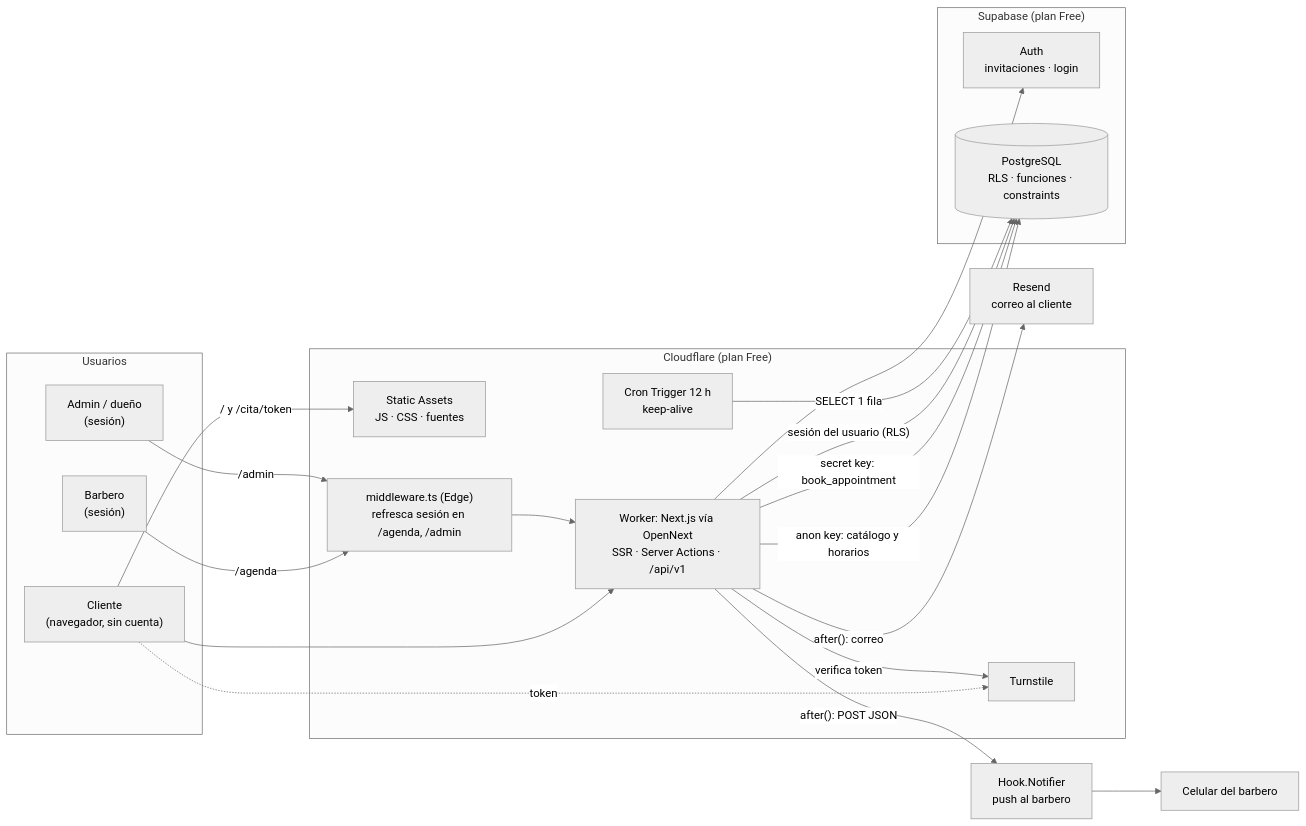
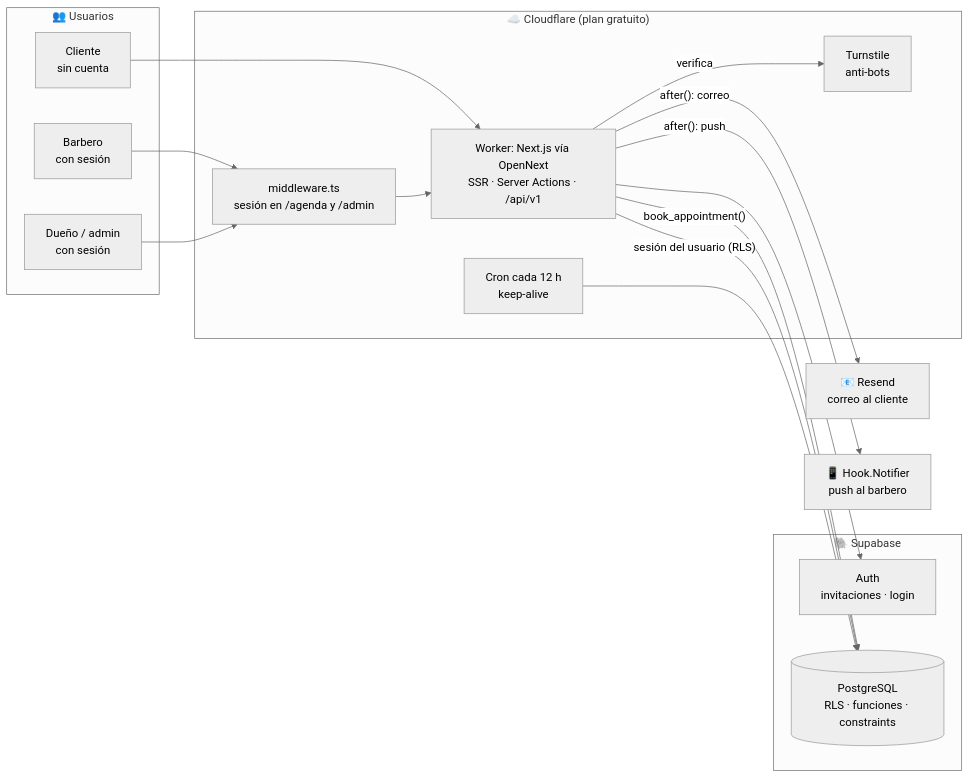
Before and after one commit to sebasreino11/Urban--Styles: the diagram in README.md, drawn with Mermaid (neutral theme). The commit also changed other lines of this file and 11 other files, not shown here.

````diff
--- a/README.md
+++ b/README.md
@@ -66,39 +76,33 @@
 ```mermaid
 flowchart LR
-  subgraph Usuarios
-    C["Cliente<br/>(navegador, sin cuenta)"]
-    B["Barbero<br/>(sesión)"]
-    A["Admin / dueño<br/>(sesión)"]
+  subgraph Usuarios["👥 Usuarios"]
+    C["Cliente<br/>sin cuenta"]
+    B["Barbero<br/>con sesión"]
+    A["Dueño / admin<br/>con sesión"]
   end
 
-  subgraph CF["Cloudflare (plan Free)"]
-    SA["Static Assets<br/>JS · CSS · fuentes"]
+  subgraph CF["☁️ Cloudflare (plan gratuito)"]
     W["Worker: Next.js vía OpenNext<br/>SSR · Server Actions · /api/v1"]
-    MW["middleware.ts (Edge)<br/>refresca sesión en /agenda, /admin"]
-    CRON["Cron Trigger 12 h<br/>keep-alive"]
-    TS["Turnstile"]
+    MW["middleware.ts<br/>sesión en /agenda y /admin"]
+    TS["Turnstile<br/>anti-bots"]
+    CRON["Cron cada 12 h<br/>keep-alive"]
   end
 
-  subgraph SB["Supabase (plan Free)"]
+  subgraph SB["🐘 Supabase"]
     AUTH["Auth<br/>invitaciones · login"]
     PG[("PostgreSQL<br/>RLS · funciones · constraints")]
   end
 
-  RS["Resend<br/>correo al cliente"]
-  HN["Hook.Notifier<br/>push al barbero"]
-  PHONE["Celular del barbero"]
+  RS["📧 Resend<br/>correo al cliente"]
+  HN["📱 Hook.Notifier<br/>push al barbero"]
 
-  C -->|"/ y /cita/token"| SA
   C --> W
-  C -. token .-> TS
-  B -->|/agenda| MW --> W
-  A -->|/admin| MW
-  W -->|verifica token| TS
-  W -->|"anon key: catálogo y horarios"| PG
-  W -->|"secret key: book_appointment"| PG
+  B & A --> MW --> W
+  W -->|verifica| TS
+  W -->|"book_appointment()"| PG
   W -->|"sesión del usuario (RLS)"| PG
   W --> AUTH
   W -->|"after(): correo"| RS
-  W -->|"after(): POST JSON"| HN --> PHONE
-  CRON -->|"SELECT 1 fila"| PG
+  W -->|"after(): push"| HN
+  CRON --> PG
 ```
````
